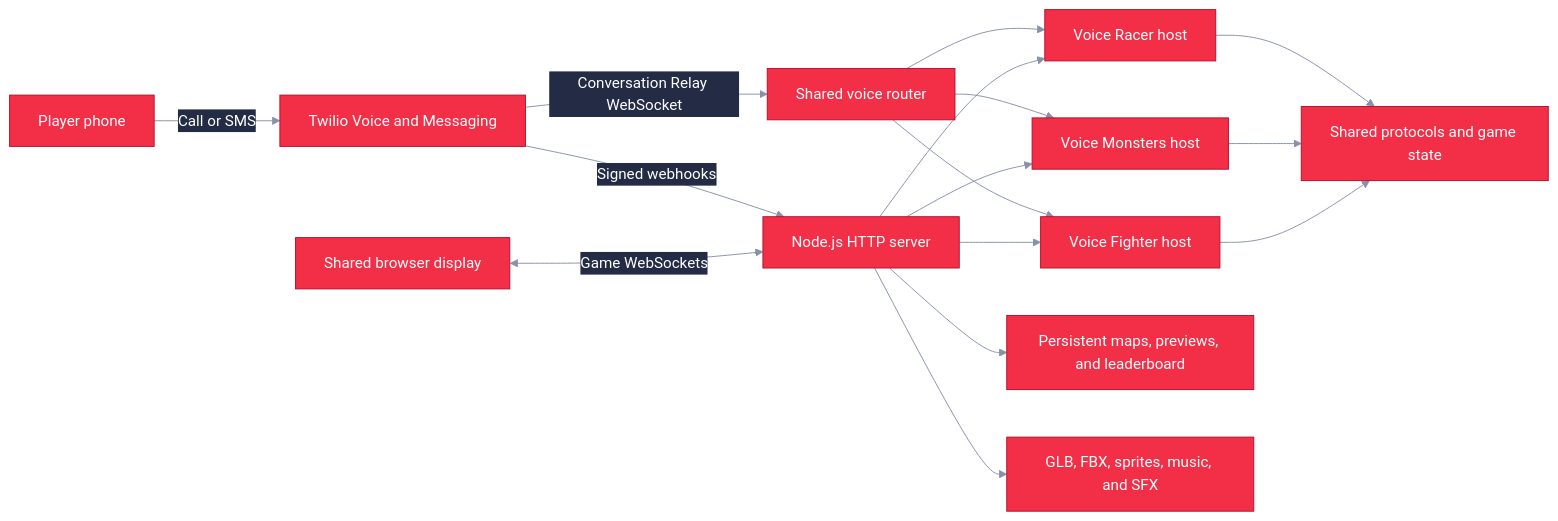
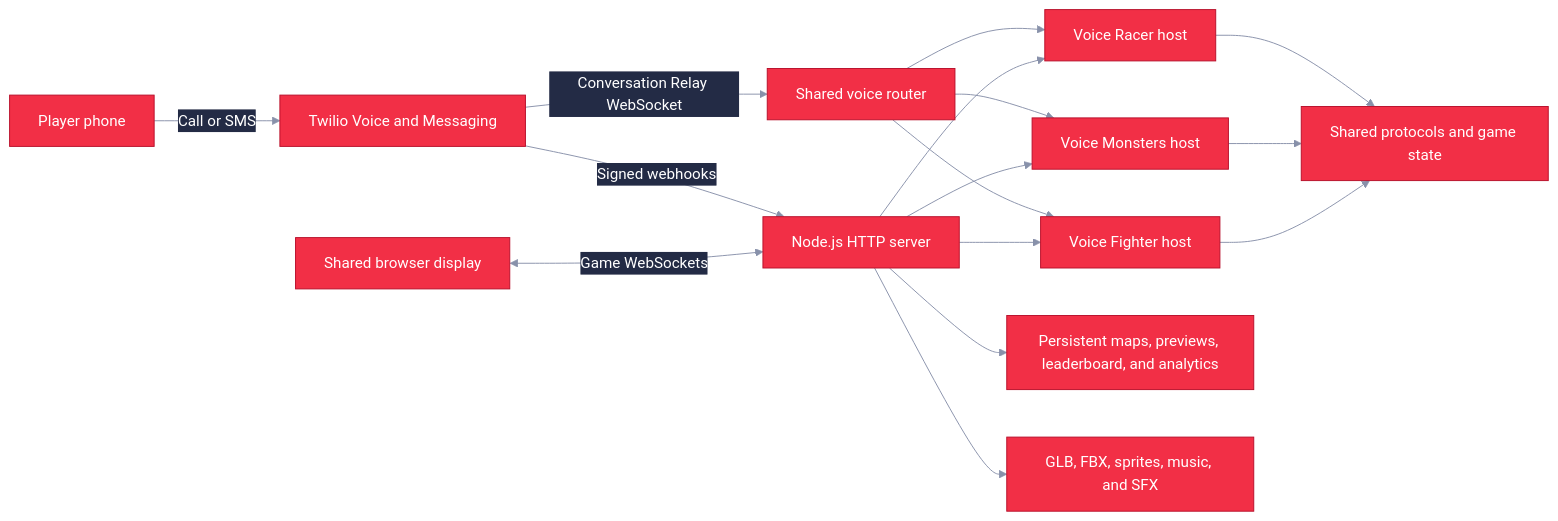
One commit to agithony/twilio-games changed the first of 2 diagrams in README.md. Above: the diagram before and after it, drawn with Mermaid. The commit also changed other lines of this file and 25 other files, not shown here.

````diff
--- a/README.md
+++ b/README.md
@@ -52,19 +52,19 @@
 ```mermaid
 %%{init: {"theme":"base","themeVariables":{"primaryColor":"#F22F46","primaryTextColor":"#FFFFFF","primaryBorderColor":"#B80F2A","lineColor":"#8891AA","secondaryColor":"#232B45","tertiaryColor":"#000D25","background":"#FFFFFF"}}}%%
 flowchart LR
   Phone[Player phone] -->|Call or SMS| Twilio[Twilio Voice and Messaging]
   Twilio -->|Conversation Relay WebSocket| VoiceRoute[Shared voice router]
   Twilio -->|Signed webhooks| HTTP[Node.js HTTP server]
   VoiceRoute --> Racer[Voice Racer host]
   VoiceRoute --> Monsters[Voice Monsters host]
   VoiceRoute --> Fighter[Voice Fighter host]
   Display[Shared browser display] <-->|Game WebSockets| HTTP
   HTTP --> Racer
   HTTP --> Monsters
   HTTP --> Fighter
   Racer --> Shared[Shared protocols and game state]
   Monsters --> Shared
   Fighter --> Shared
-  HTTP --> Data[Persistent maps, previews, and leaderboard]
+  HTTP --> Data[Persistent maps, previews, leaderboard, and analytics]
   HTTP --> Assets[GLB, FBX, sprites, music, and SFX]
 ```
````
